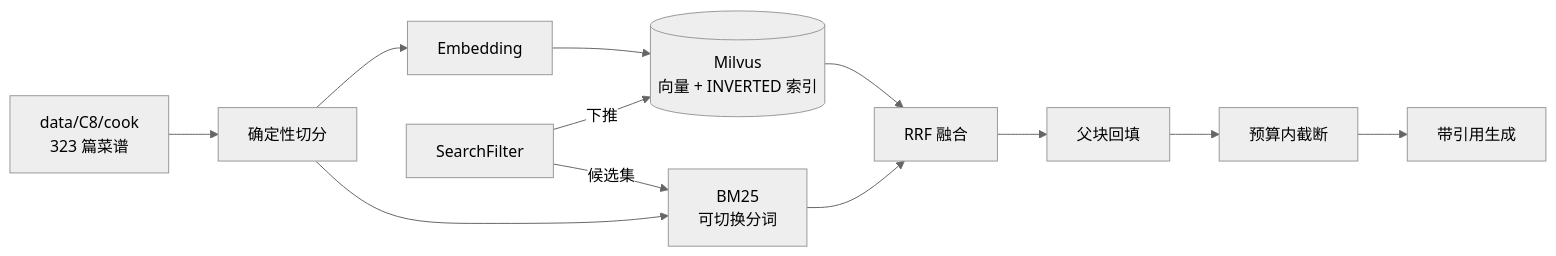
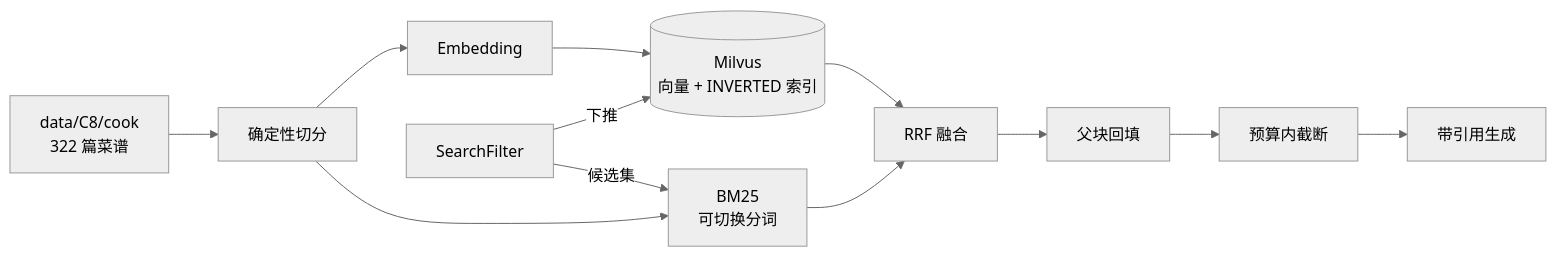
The diagram in README.md (xxiiiixx/recipe-agentic-rag), drawn with Mermaid (neutral theme) before and after one commit. The commit also changed other lines of this file and 326 other files, not shown here.

First line of the commit message:
data: 语料入库（322 篇菜谱），新增 data/README 记录来源与清洗

````diff
--- a/README.md
+++ b/README.md
@@ -25,11 +25,11 @@
 ```mermaid
 flowchart LR
-    A[data/C8/cook<br/>323 篇菜谱] --> B[确定性切分]
+    A[data/C8/cook<br/>322 篇菜谱] --> B[确定性切分]
     B --> C[Embedding] --> D[(Milvus<br/>向量 + INVERTED 索引)]
     B --> E[BM25<br/>可切换分词]
     F[SearchFilter] -->|下推| D
     F -->|候选集| E
     D --> G[RRF 融合]
     E --> G
     G --> H[父块回填] --> I[预算内截断] --> J[带引用生成]
 ```
````
